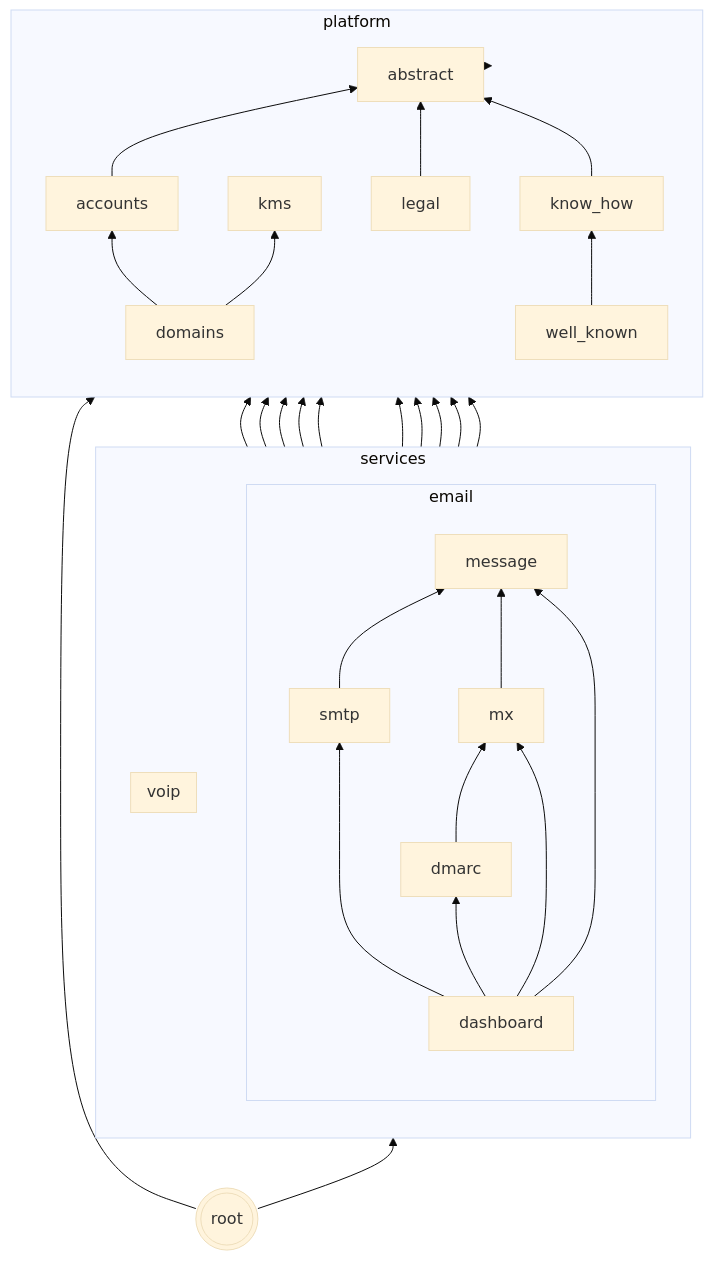
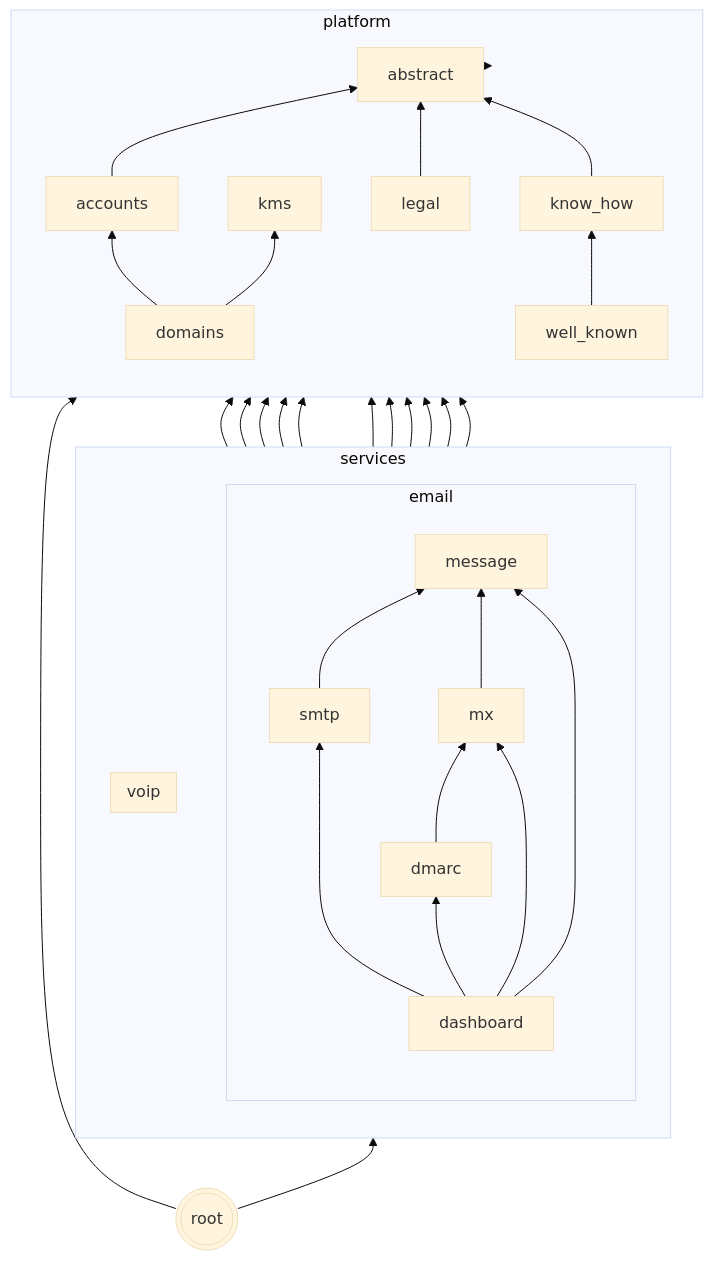
Before and after one commit to codingjoe/relay: the diagram in README.md, drawn with Mermaid (base theme). The commit also changed 1 other file, not shown here.

Commit message:
Fix dependency graph: add message→domains edge
Message now has a domain FK to domains.Domain, creating a new
dependency. Update the README mermaid graph and AGENTS.md
dependency description to reflect this.

````diff
--- a/README.md
+++ b/README.md
@@ -144,54 +144,55 @@
 ```mermaid
 graph BT
  abstract[abstract];
  kms[kms];
  subgraph platform
  direction BT
  accounts
  domains
  know_how[know_how]
  legal
  well_known[well_known]
  domains --> accounts
  accounts --> abstract
  domains --> kms
  legal --> abstract
  know_how --> abstract
  well_known --> know_how
  end
  subgraph services
  direction BT
  subgraph email
  direction BT
  dashboard[dashboard]
  message[message]
  smtp
  mx
  dmarc
  message --> accounts
+ message --> domains
  smtp --> message
  smtp --> accounts
  smtp --> domains
  smtp --> kms
  mx --> message
  mx --> accounts
  mx --> domains
  mx --> kms
  dmarc --> accounts
  dmarc --> domains
  dmarc --> mx
  dashboard --> message
  dashboard --> smtp
  dashboard --> mx
  dashboard --> dmarc
  end
  subgraph voip
  direction BT
  end
  end
  services --> platform;
  platform --> abstract;
  root --> services;
  root --> platform;
  root(((root)))
 ```
````
